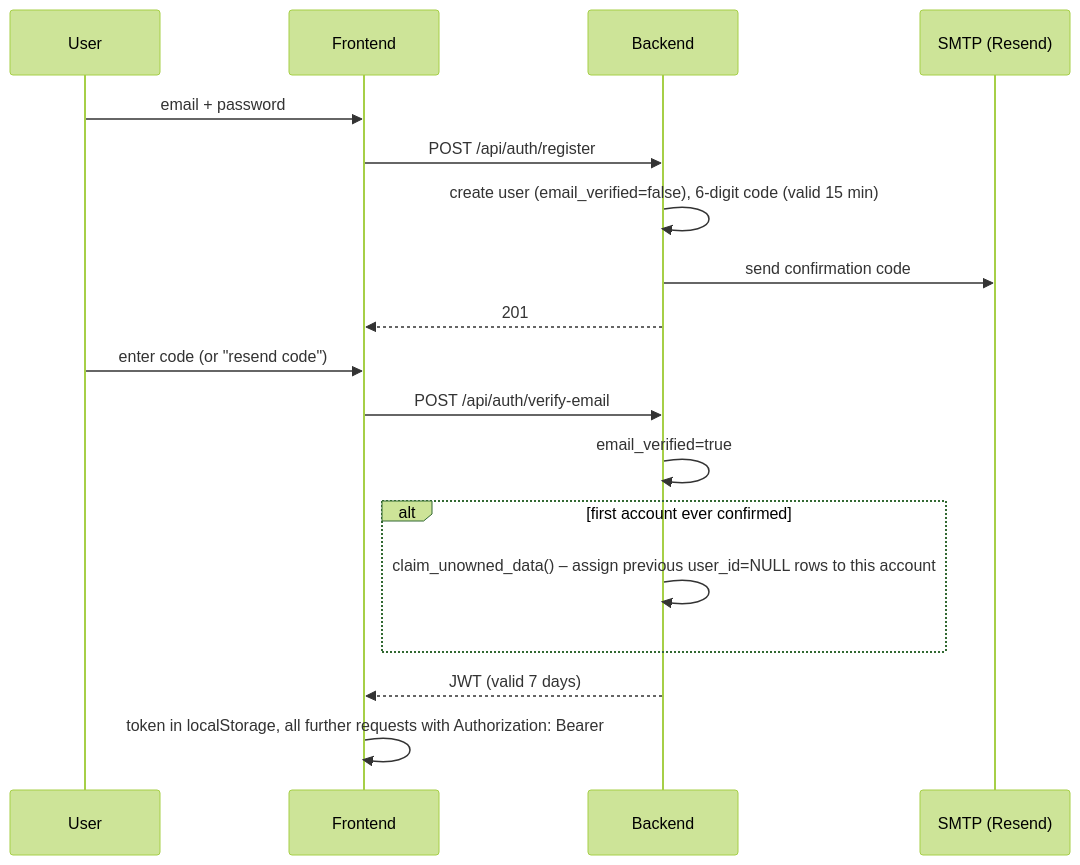
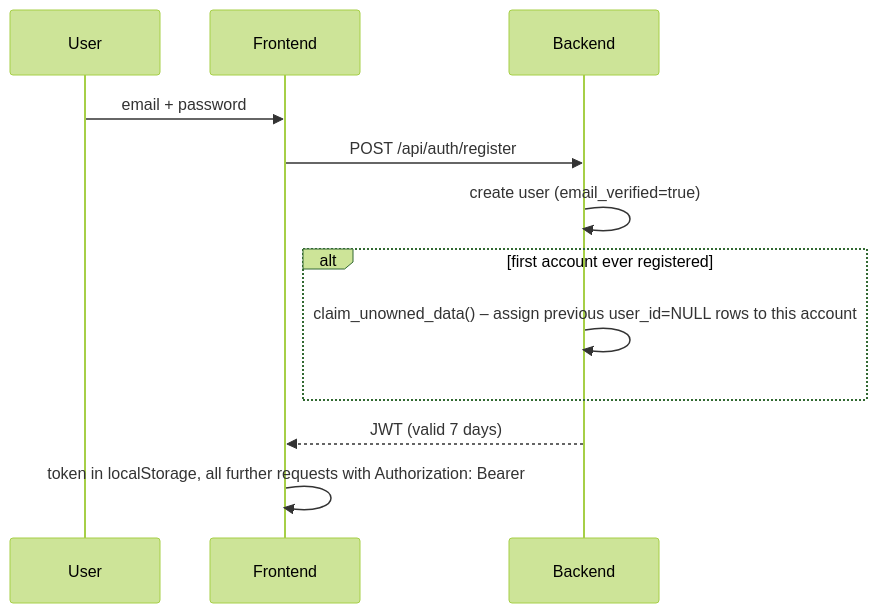
One commit to EGulinsky/rapport changed the eighth of 9 diagrams in docs/ARCHITECTURE.md. Above: the diagram before and after it, drawn with Mermaid (forest theme). The commit also changed other lines of this file and 15 other files, not shown here.

````diff
--- a/docs/ARCHITECTURE.md
+++ b/docs/ARCHITECTURE.md
@@ -842,21 +844,15 @@
 ```mermaid
 sequenceDiagram
     participant U as User
     participant FE as Frontend
     participant BE as Backend
-    participant Mail as SMTP (Resend)
 
     U->>FE: email + password
     FE->>BE: POST /api/auth/register
-    BE->>BE: create user (email_verified=false), 6-digit code (valid 15 min)
-    BE->>Mail: send confirmation code
-    BE-->>FE: 201
-    U->>FE: enter code (or "resend code")
-    FE->>BE: POST /api/auth/verify-email
-    BE->>BE: email_verified=true
-    alt first account ever confirmed
+    BE->>BE: create user (email_verified=true)
+    alt first account ever registered
         BE->>BE: claim_unowned_data() – assign previous user_id=NULL rows to this account
     end
     BE-->>FE: JWT (valid 7 days)
     FE->>FE: token in localStorage, all further requests with Authorization: Bearer
 ```
````
